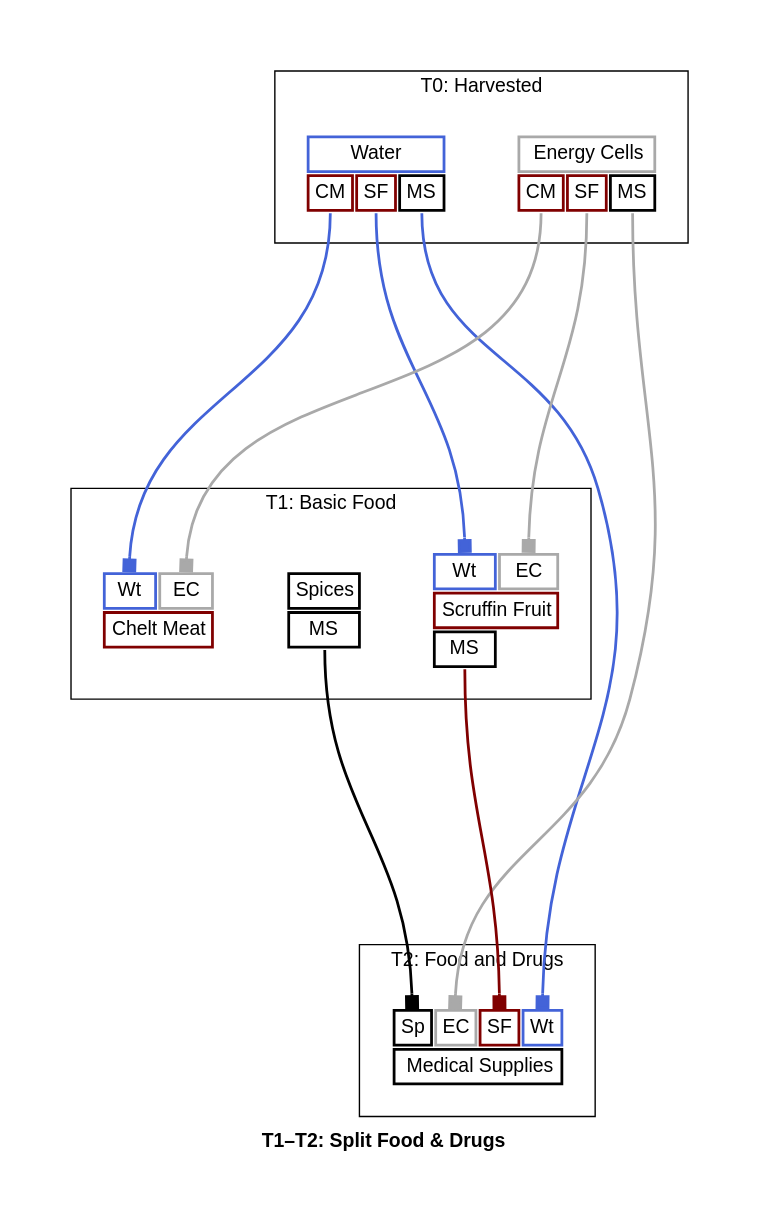
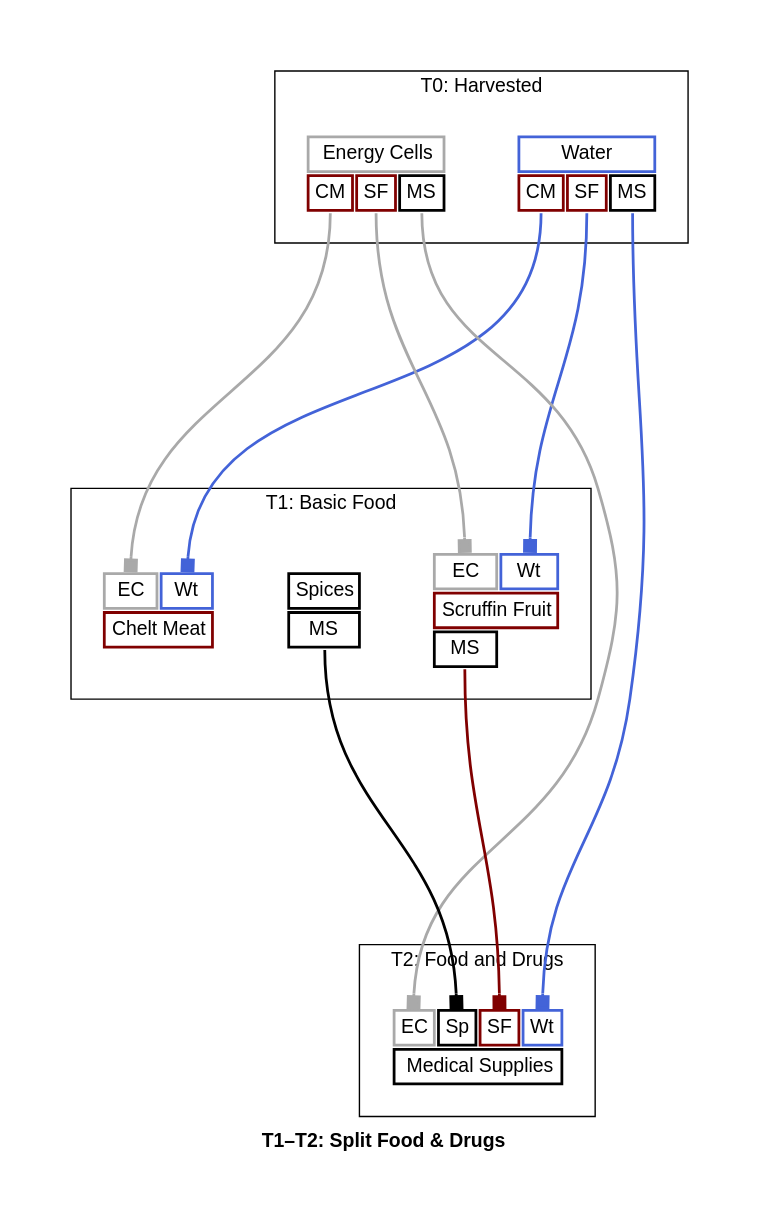
One commit to borntyping/x4-diagrams changed the diagram in docs/t1_t2_split_food_drugs_graph_full.dot. Above: the diagram before and after it, drawn with Graphviz. The commit also changed other lines of this file and 80 other files, not shown here.

```diff
--- a/docs/t1_t2_split_food_drugs_graph_full.dot
+++ b/docs/t1_t2_split_food_drugs_graph_full.dot
@@ -1,127 +1,127 @@
 digraph "X4 Economy" {
 	edge [arrowType=normal]
 	compound=true fontname="Helvetica,Arial,sans-serif"
 	label=<<b>T1–T2: Split Food &amp; Drugs</b>>
 	graph [nodesep=0.3 pad=0.5 ranksep=3]
 	node [color=slategray1 fontname="Helvetica,Arial,sans-serif" margin=0.2 penwidth=2.0 shape=plaintext]
 	edge [arrowhead=normal arrowsize=1.0 fontname="Helvetica,Arial,sans-serif" headport=n penwidth=2.0 tailport=s]
 	subgraph 0 {
 		cluster=true label="T0: Harvested"
 		water [label=<<table border="0" cellborder="2" cellpadding="4" cellspacing="1" fixedsize="false" id="water" port="output">
   
   <tr>
     <td align="text" bgcolor="white" color="#4363d8" colspan="3">Water</td>
   </tr>
   
     <tr>
       
         <td align="text" bgcolor="white" color="#800000" port="chelt_meat">CM</td>
       
         <td align="text" bgcolor="white" color="#800000" port="scruffin_fruits">SF</td>
       
         <td align="text" bgcolor="white" color="#000000" port="medical_supplies">MS</td>
       
     </tr>
   
 </table>>]
 		energy_cells [label=<<table border="0" cellborder="2" cellpadding="4" cellspacing="1" fixedsize="false" id="energy_cells" port="output">
   
   <tr>
     <td align="text" bgcolor="white" color="#a9a9a9" colspan="3">Energy Cells</td>
   </tr>
   
     <tr>
       
         <td align="text" bgcolor="white" color="#800000" port="chelt_meat">CM</td>
       
         <td align="text" bgcolor="white" color="#800000" port="scruffin_fruits">SF</td>
       
         <td align="text" bgcolor="white" color="#000000" port="medical_supplies">MS</td>
       
     </tr>
   
 </table>>]
 	}
 	subgraph 1 {
 		cluster=true label="T1: Basic Food"
 		spices [label=<<table border="0" cellborder="2" cellpadding="4" cellspacing="1" fixedsize="false" id="spices" port="output">
   
   <tr>
     <td align="text" bgcolor="white" color="#000000" colspan="1">Spices</td>
   </tr>
   
     <tr>
       
         <td align="text" bgcolor="white" color="#000000" port="medical_supplies">MS</td>
       
     </tr>
   
 </table>>]
 		chelt_meat [label=<<table border="0" cellborder="2" cellpadding="4" cellspacing="1" fixedsize="false" id="chelt_meat" port="output">
   
     <tr>
       
+        <td align="text" bgcolor="white" color="#a9a9a9" port="energy_cells">EC</td>
+      
         <td align="text" bgcolor="white" color="#4363d8" port="water">Wt</td>
-      
-        <td align="text" bgcolor="white" color="#a9a9a9" port="energy_cells">EC</td>
       
     </tr>
   
   <tr>
     <td align="text" bgcolor="white" color="#800000" colspan="2">Chelt Meat</td>
   </tr>
   
 </table>>]
 		scruffin_fruits [label=<<table border="0" cellborder="2" cellpadding="4" cellspacing="1" fixedsize="false" id="scruffin_fruits" port="output">
   
     <tr>
       
+        <td align="text" bgcolor="white" color="#a9a9a9" port="energy_cells">EC</td>
+      
         <td align="text" bgcolor="white" color="#4363d8" port="water">Wt</td>
-      
-        <td align="text" bgcolor="white" color="#a9a9a9" port="energy_cells">EC</td>
       
     </tr>
   
   <tr>
     <td align="text" bgcolor="white" color="#800000" colspan="2">Scruffin Fruit</td>
   </tr>
   
     <tr>
       
         <td align="text" bgcolor="white" color="#000000" port="medical_supplies">MS</td>
       
     </tr>
   
 </table>>]
 	}
 	subgraph 2 {
 		cluster=true label="T2: Food and Drugs"
 		medical_supplies [label=<<table border="0" cellborder="2" cellpadding="4" cellspacing="1" fixedsize="false" id="medical_supplies" port="output">
   
     <tr>
       
+        <td align="text" bgcolor="white" color="#a9a9a9" port="energy_cells">EC</td>
+      
         <td align="text" bgcolor="white" color="#000000" port="spices">Sp</td>
-      
-        <td align="text" bgcolor="white" color="#a9a9a9" port="energy_cells">EC</td>
       
         <td align="text" bgcolor="white" color="#800000" port="scruffin_fruits">SF</td>
       
         <td align="text" bgcolor="white" color="#4363d8" port="water">Wt</td>
       
     </tr>
   
   <tr>
     <td align="text" bgcolor="white" color="#000000" colspan="4">Medical Supplies</td>
   </tr>
   
 </table>>]
 	}
 	energy_cells:chelt_meat:s -> chelt_meat:energy_cells:n [arrowhead=box color="#a9a9a9" weight=1.0]
 	water:chelt_meat:s -> chelt_meat:water:n [arrowhead=box color="#4363d8" weight=1.0]
 	energy_cells:scruffin_fruits:s -> scruffin_fruits:energy_cells:n [arrowhead=box color="#a9a9a9" weight=1.0]
 	water:scruffin_fruits:s -> scruffin_fruits:water:n [arrowhead=box color="#4363d8" weight=1.0]
 	energy_cells:medical_supplies:s -> medical_supplies:energy_cells:n [arrowhead=box color="#a9a9a9" weight=1.0]
 	scruffin_fruits:medical_supplies:s -> medical_supplies:scruffin_fruits:n [arrowhead=box color="#800000" weight=1.0]
 	spices:medical_supplies:s -> medical_supplies:spices:n [arrowhead=box color="#000000" weight=1.0]
 	water:medical_supplies:s -> medical_supplies:water:n [arrowhead=box color="#4363d8" weight=1.0]
 }
```
